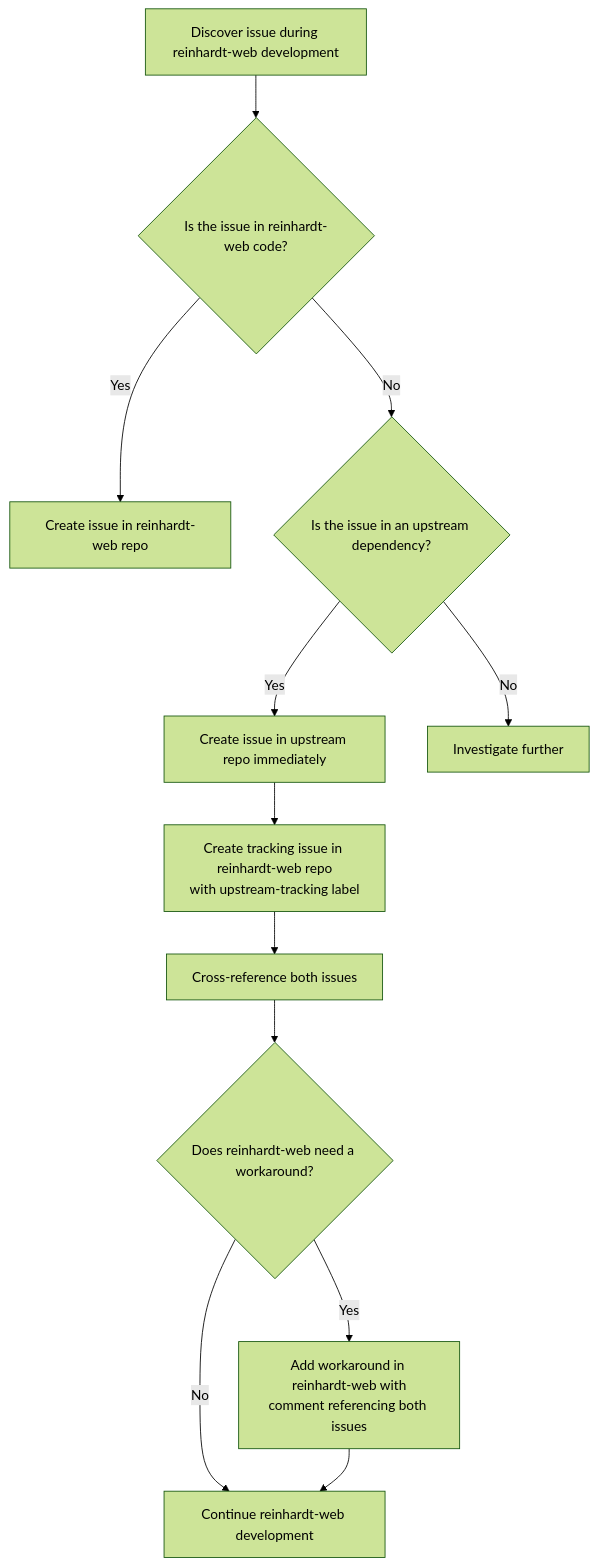
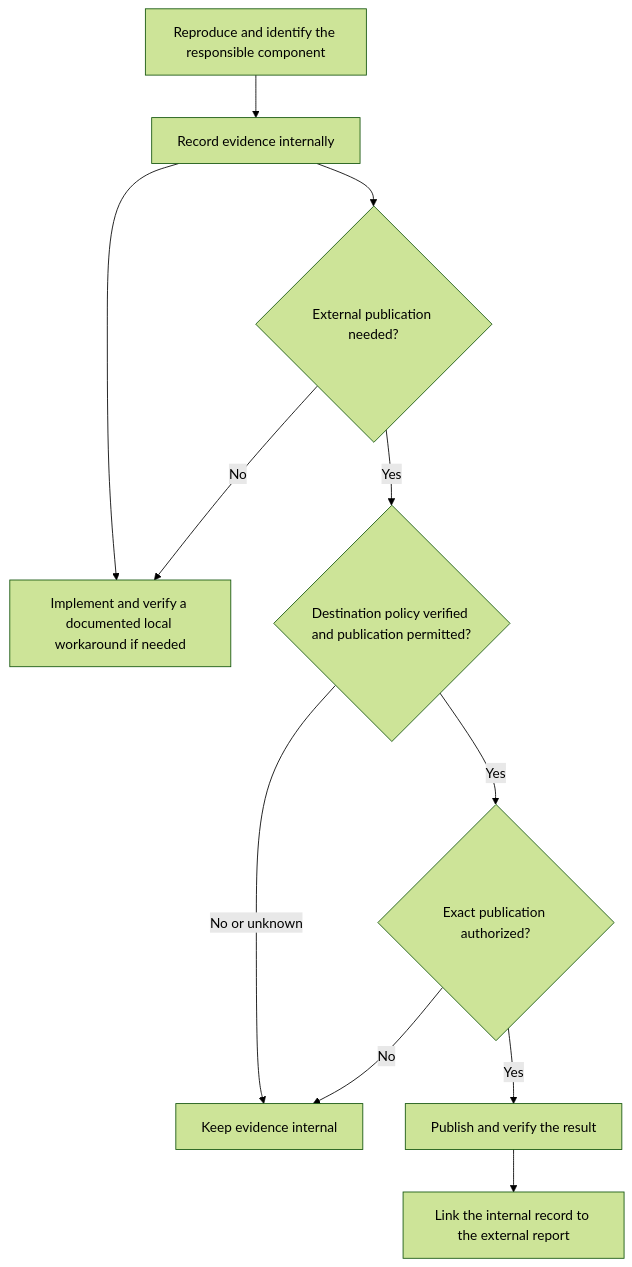
One commit to kent8192/reinhardt-web changed the diagram in instructions/UPSTREAM_ISSUE_REPORTING.md. Above: the diagram before and after it, drawn with Mermaid (forest theme). The commit also changed other lines of this file and 6 other files, not shown here.

First line of the commit message:
docs(agents): gate external publication by destination policy

````diff
--- a/instructions/UPSTREAM_ISSUE_REPORTING.md
+++ b/instructions/UPSTREAM_ISSUE_REPORTING.md
@@ -37,14 +45,13 @@
 ```mermaid
 flowchart TD
-    A[Discover issue during reinhardt-web development] --> B{Is the issue in reinhardt-web code?}
-    B -->|Yes| C[Create issue in reinhardt-web repo]
-    B -->|No| D{Is the issue in an upstream dependency?}
-    D -->|Yes| E[Create issue in upstream repo immediately]
-    D -->|No| F[Investigate further]
-    E --> E2["Create tracking issue in reinhardt-web repo<br/>with upstream-tracking label"]
-    E2 --> E3["Cross-reference both issues"]
-    E3 --> G{Does reinhardt-web need a workaround?}
-    G -->|Yes| H["Add workaround in reinhardt-web with<br/>comment referencing both issues"]
-    G -->|No| I[Continue reinhardt-web development]
-    H --> I
+    A[Reproduce and identify the responsible component] --> B[Record evidence internally]
+    B --> C[Implement and verify a documented local workaround if needed]
+    B --> D{External publication needed?}
+    D -->|No| C
+    D -->|Yes| E{Destination policy verified and publication permitted?}
+    E -->|No or unknown| F[Keep evidence internal]
+    E -->|Yes| G{Exact publication authorized?}
+    G -->|No| F
+    G -->|Yes| H[Publish and verify the result]
+    H --> I[Link the internal record to the external report]
 ```
````
